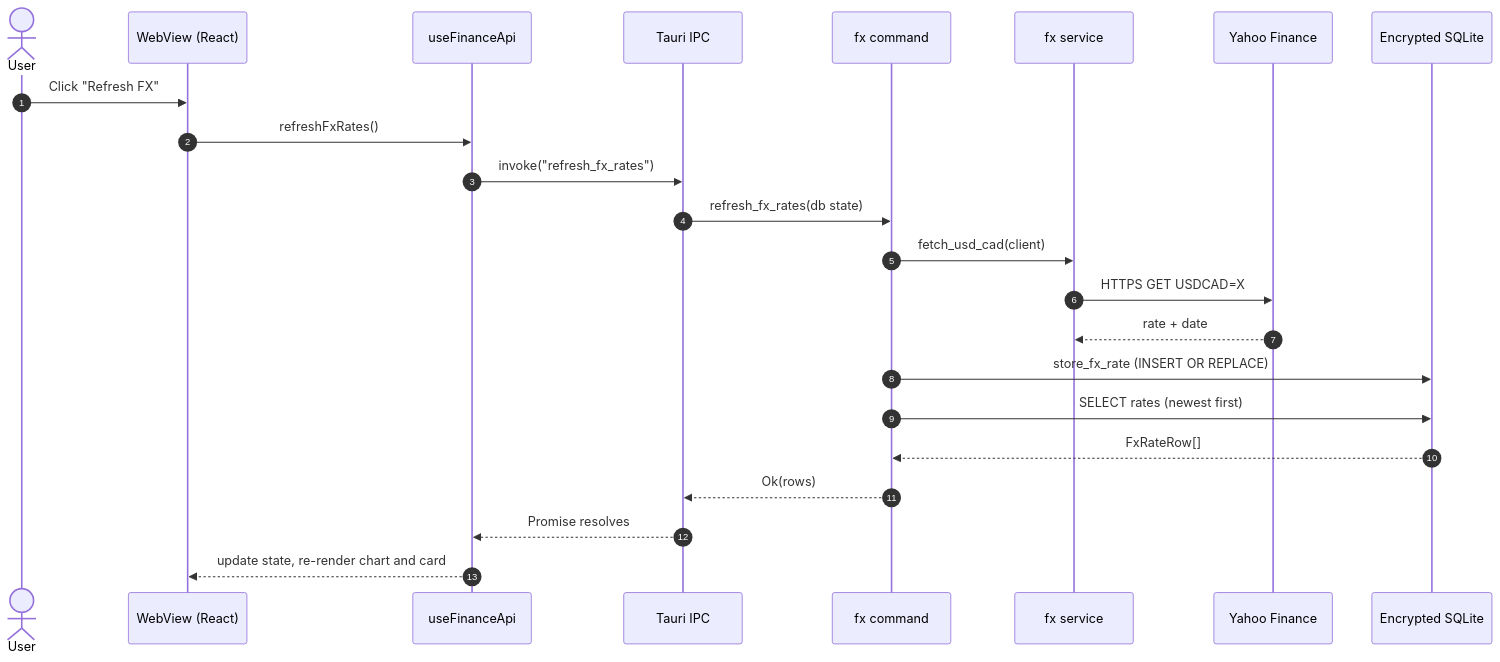
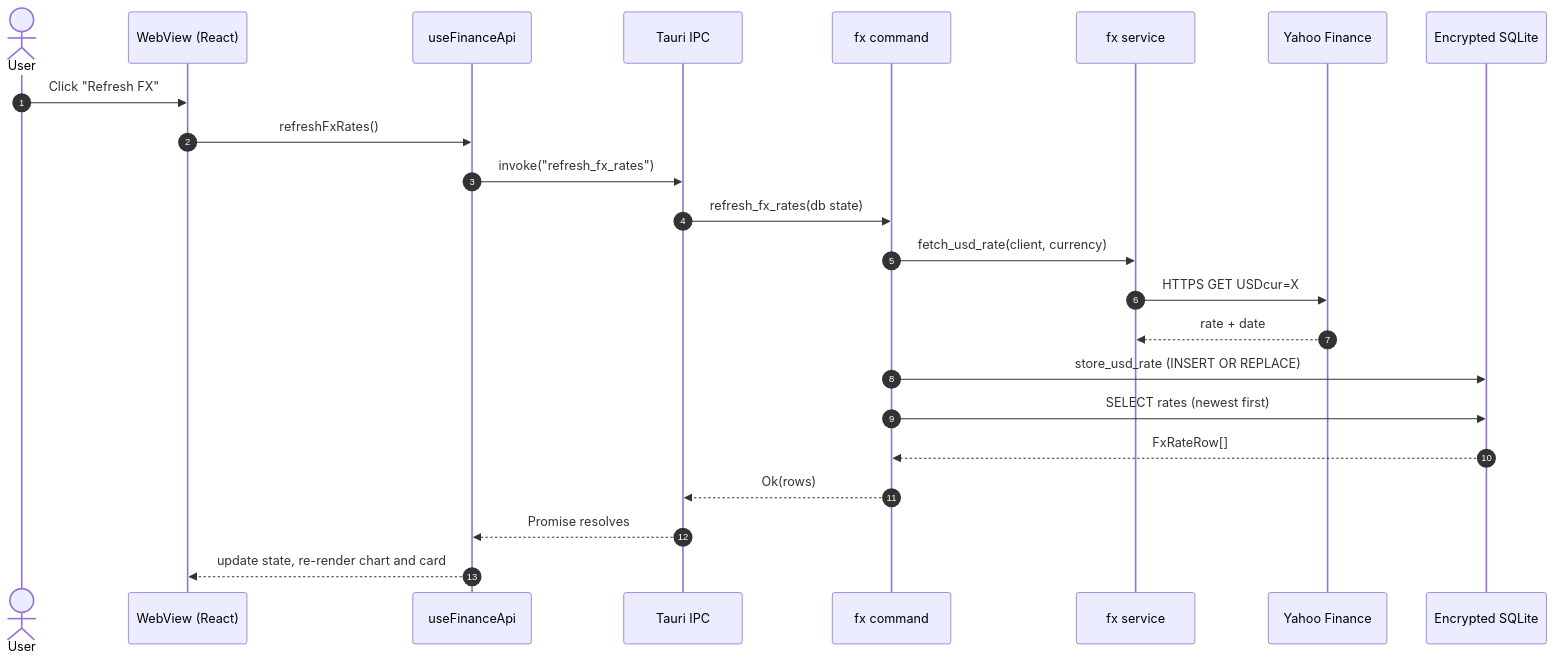
Before and after one commit to daryn-brown/truenorth: the second of 2 diagrams in README.md, drawn with Mermaid. The commit also changed other lines of this file and 1 other file, not shown here.

First line of the commit message:
docs(fx): clarify any currency converts into USD + CAD totals

````diff
--- a/README.md
+++ b/README.md
@@ -131,26 +131,26 @@
 ```mermaid
 sequenceDiagram
     autonumber
     actor U as User
     participant UI as WebView (React)
     participant API as useFinanceApi
     participant IPC as Tauri IPC
     participant CMD as fx command
     participant SVC as fx service
     participant Y as Yahoo Finance
     participant DB as Encrypted SQLite
 
     U->>UI: Click "Refresh FX"
     UI->>API: refreshFxRates()
     API->>IPC: invoke("refresh_fx_rates")
     IPC->>CMD: refresh_fx_rates(db state)
-    CMD->>SVC: fetch_usd_cad(client)
-    SVC->>Y: HTTPS GET USDCAD=X
+    CMD->>SVC: fetch_usd_rate(client, currency)
+    SVC->>Y: HTTPS GET USDcur=X
     Y-->>SVC: rate + date
-    CMD->>DB: store_fx_rate (INSERT OR REPLACE)
+    CMD->>DB: store_usd_rate (INSERT OR REPLACE)
     CMD->>DB: SELECT rates (newest first)
     DB-->>CMD: FxRateRow[]
     CMD-->>IPC: Ok(rows)
     IPC-->>API: Promise resolves
     API-->>UI: update state, re-render chart and card
 ```
````
